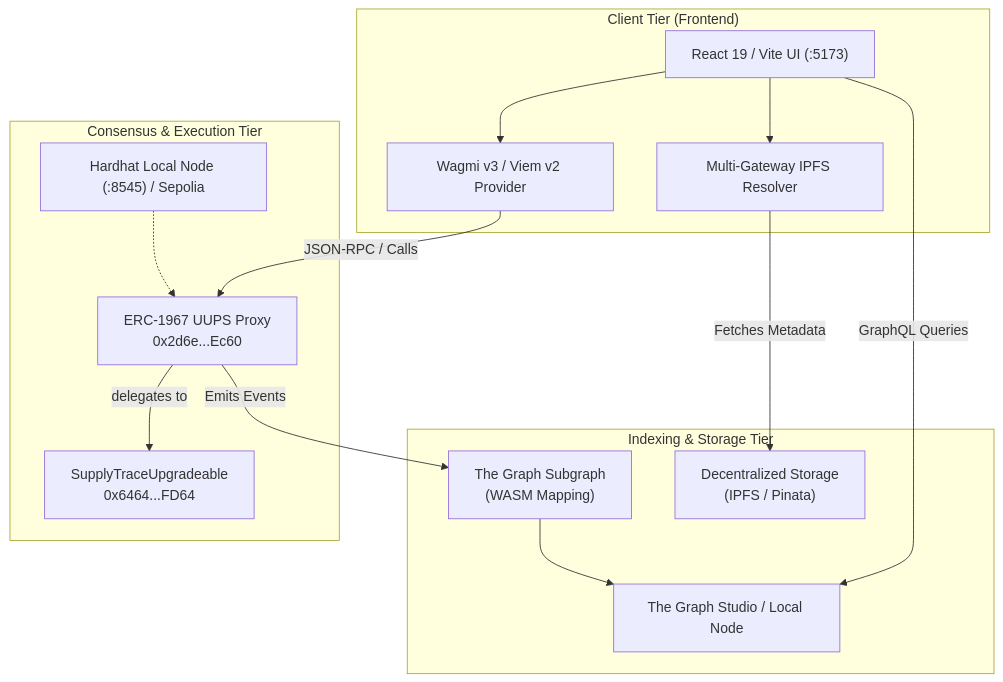
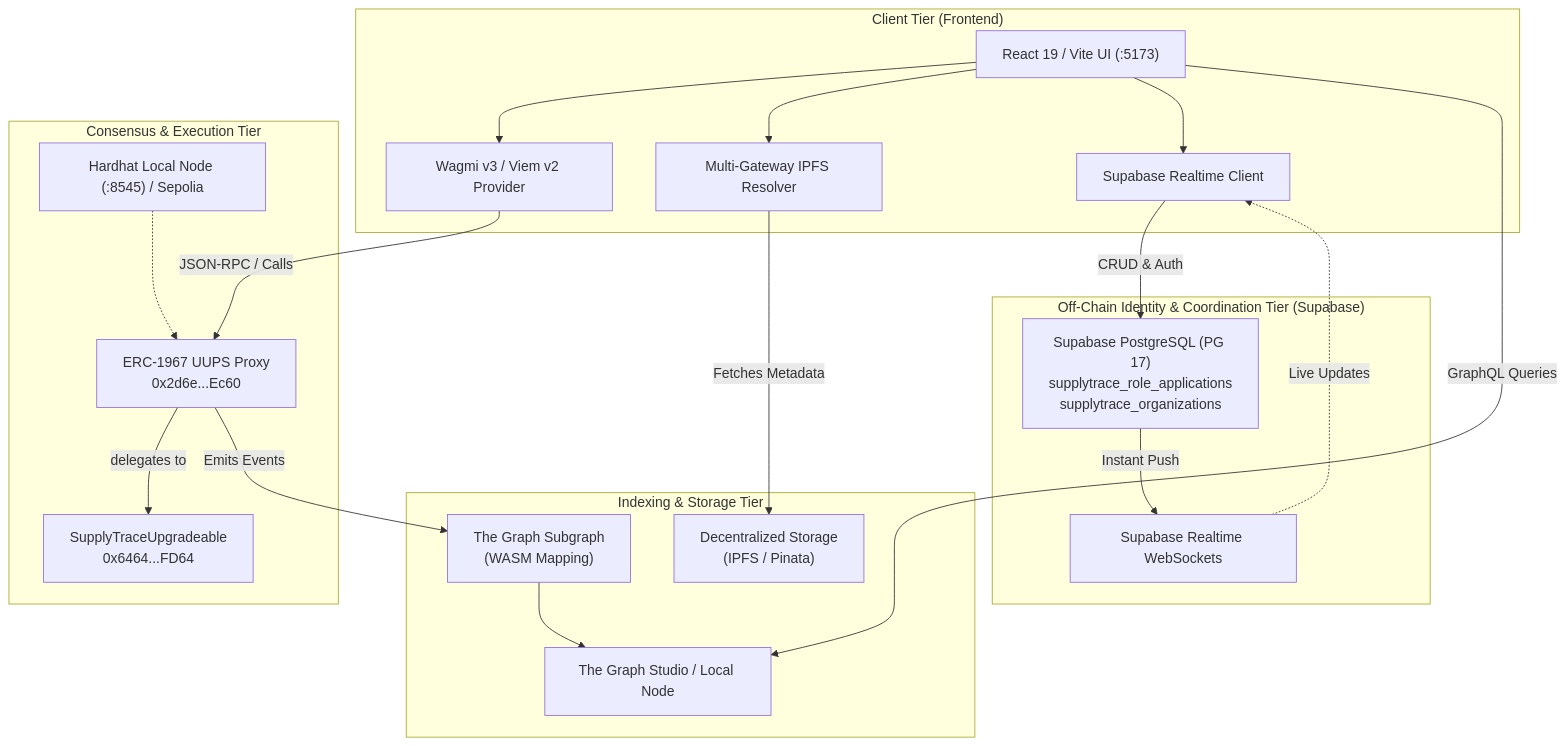
Before and after one commit to JaiivantArvind/SupplyTrace: the diagram in README.md, drawn with Mermaid. The commit also changed other lines of this file and 2 other files, not shown here.

Commit message:
docs: sync readme, init, and audit with supabase database tier and onboarding workflows

````diff
--- a/README.md
+++ b/README.md
@@ -34,29 +34,39 @@
 ```mermaid
 graph TD
     subgraph Client Tier ["Client Tier (Frontend)"]
         UI["React 19 / Vite UI (:5173)"]
         Wagmi["Wagmi v3 / Viem v2 Provider"]
         IPFS_C["Multi-Gateway IPFS Resolver"]
+        SupaClient["Supabase Realtime Client"]
         UI --> Wagmi
         UI --> IPFS_C
+        UI --> SupaClient
     end
 
     subgraph Blockchain Tier ["Consensus & Execution Tier"]
         Proxy["ERC-1967 UUPS Proxy<br/>0x2d6e...Ec60"]
         Impl["SupplyTraceUpgradeable<br/>0x6464...FD64"]
         Node["Hardhat Local Node (:8545) / Sepolia"]
         Proxy -->|delegates to| Impl
         Wagmi -->|JSON-RPC / Calls| Proxy
         Node -.-> Proxy
+    end
+
+    subgraph Database Tier ["Off-Chain Identity & Coordination Tier (Supabase)"]
+        DB["Supabase PostgreSQL (PG 17)<br/>supplytrace_role_applications<br/>supplytrace_organizations"]
+        Realtime["Supabase Realtime WebSockets"]
+        SupaClient -->|CRUD & Auth| DB
+        DB -->|Instant Push| Realtime
+        Realtime -.->|Live Updates| SupaClient
     end
 
     subgraph Indexing Tier ["Indexing & Storage Tier"]
         Subgraph["The Graph Subgraph<br/>(WASM Mapping)"]
         GraphNode["The Graph Studio / Local Node"]
         IPFS["Decentralized Storage<br/>(IPFS / Pinata)"]
         Proxy -->|Emits Events| Subgraph
         Subgraph --> GraphNode
         UI -->|GraphQL Queries| GraphNode
         IPFS_C -->|Fetches Metadata| IPFS
     end
 ```
````
